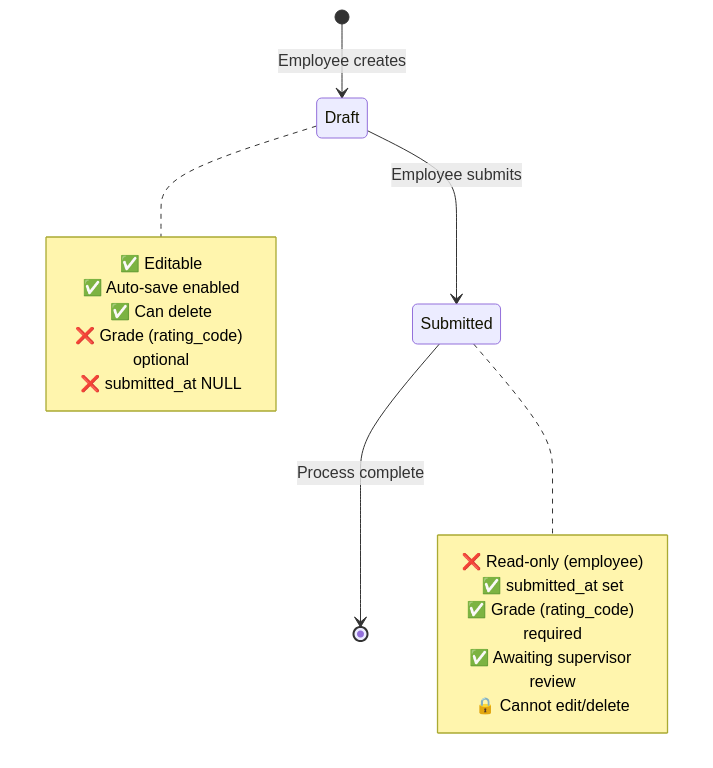
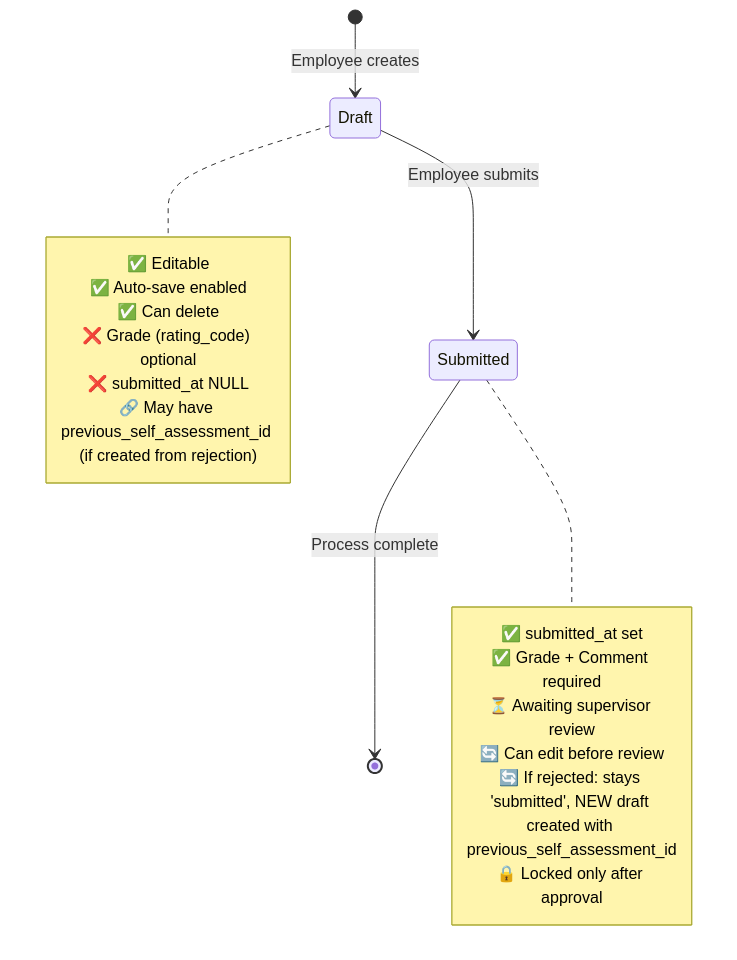
Before and after one commit to shintairiku/evaluation-system: the second of 3 diagrams in .kiro/specs/self-assessment/domain-model.md, drawn with Mermaid. The commit also changed other lines of this file, not shown here.

Commit message:
docs(self-assessment): update domain model documentation

````diff
--- a/.kiro/specs/self-assessment/domain-model.md
+++ b/.kiro/specs/self-assessment/domain-model.md
@@ -364,22 +387,24 @@
 ```mermaid
 stateDiagram-v2
     [*] --> Draft: Employee creates
     Draft --> Submitted: Employee submits
     Submitted --> [*]: Process complete
 
     note right of Draft
         ✅ Editable
         ✅ Auto-save enabled
         ✅ Can delete
         ❌ Grade (rating_code) optional
         ❌ submitted_at NULL
+        🔗 May have previous_self_assessment_id (if created from rejection)
     end note
 
     note right of Submitted
-        ❌ Read-only (employee)
         ✅ submitted_at set
-        ✅ Grade (rating_code) required
-        ✅ Awaiting supervisor review
-        🔒 Cannot edit/delete
+        ✅ Grade + Comment required
+        ⏳ Awaiting supervisor review
+        🔄 Can edit before review
+        🔄 If rejected: stays 'submitted', NEW draft created with previous_self_assessment_id
+        🔒 Locked only after approval
     end note
 ```
````
